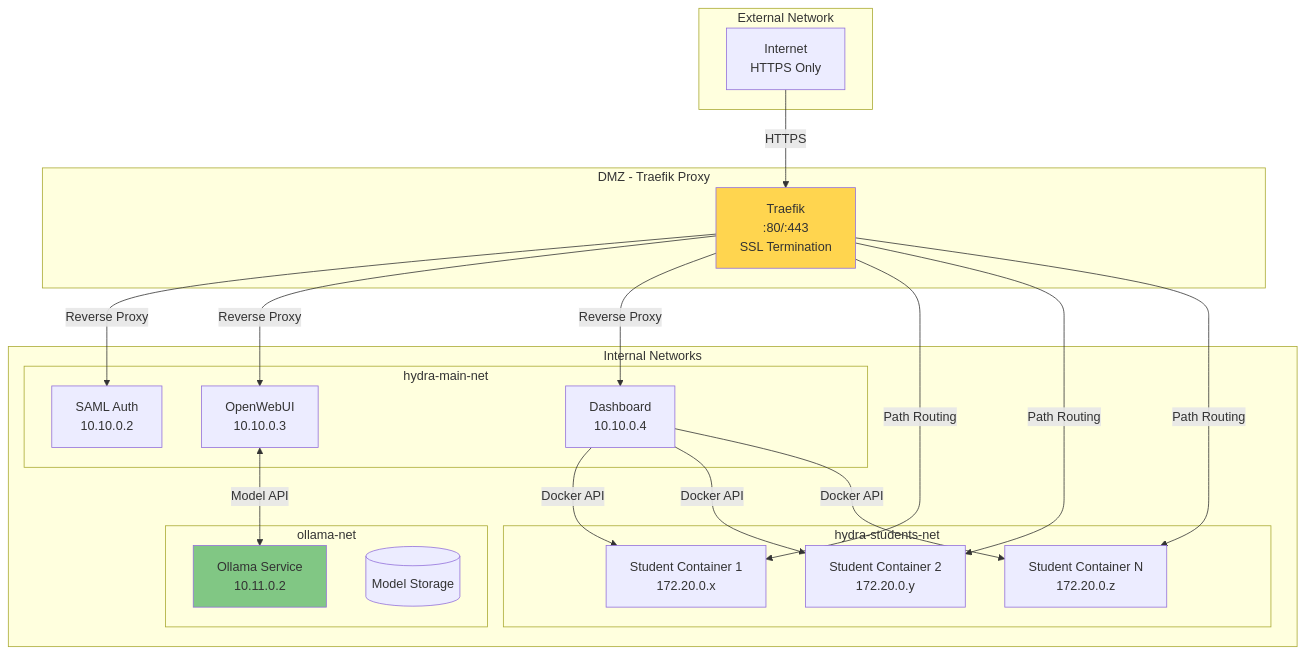
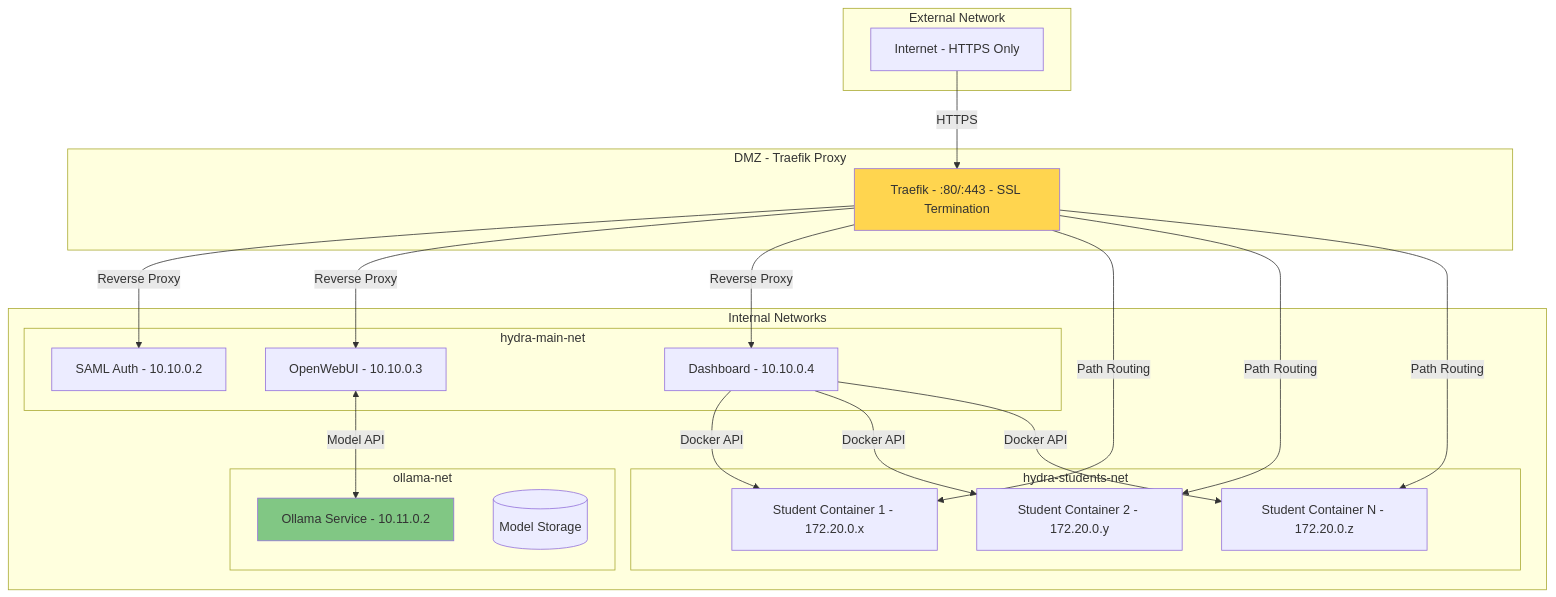
Before and after one commit to ndg8743/hydra-saml-auth: the fourth of 14 diagrams in docs/access.md, drawn with Mermaid. The commit also changed other lines of this file, not shown here.

````diff
--- a/docs/access.md
+++ b/docs/access.md
@@ -465,45 +1707,45 @@
 ```mermaid
 graph TB
     subgraph "External Network"
-        Internet[Internet<br/>HTTPS Only]
+        Internet[Internet - HTTPS Only]
     end
     
     subgraph "DMZ - Traefik Proxy"
-        Traefik[Traefik<br/>:80/:443<br/>SSL Termination]
+        Traefik[Traefik - :80/:443 - SSL Termination]
     end
     
     subgraph "Internal Networks"
         subgraph "hydra-main-net"
-            SAML[SAML Auth<br/>10.10.0.2]
-            OpenWebUI[OpenWebUI<br/>10.10.0.3]
-            Dashboard[Dashboard<br/>10.10.0.4]
+            SAML[SAML Auth - 10.10.0.2]
+            OpenWebUI[OpenWebUI - 10.10.0.3]
+            Dashboard[Dashboard - 10.10.0.4]
         end
         
         subgraph "hydra-students-net"
-            Student1[Student Container 1<br/>172.20.0.x]
-            Student2[Student Container 2<br/>172.20.0.y]
-            StudentN[Student Container N<br/>172.20.0.z]
+            Student1[Student Container 1 - 172.20.0.x]
+            Student2[Student Container 2 - 172.20.0.y]
+            StudentN[Student Container N - 172.20.0.z]
         end
         
         subgraph "ollama-net"
-            Ollama[Ollama Service<br/>10.11.0.2]
+            Ollama[Ollama Service - 10.11.0.2]
             Models[(Model Storage)]
         end
     end
     
     Internet -->|HTTPS| Traefik
     Traefik -->|Reverse Proxy| SAML
     Traefik -->|Reverse Proxy| OpenWebUI
     Traefik -->|Reverse Proxy| Dashboard
     Traefik -->|Path Routing| Student1
     Traefik -->|Path Routing| Student2
     Traefik -->|Path Routing| StudentN
     
     OpenWebUI <-->|Model API| Ollama
     Dashboard -->|Docker API| Student1
     Dashboard -->|Docker API| Student2
     Dashboard -->|Docker API| StudentN
     
     style Traefik fill:#ffd54f
     style Ollama fill:#81c784
 ```
````
